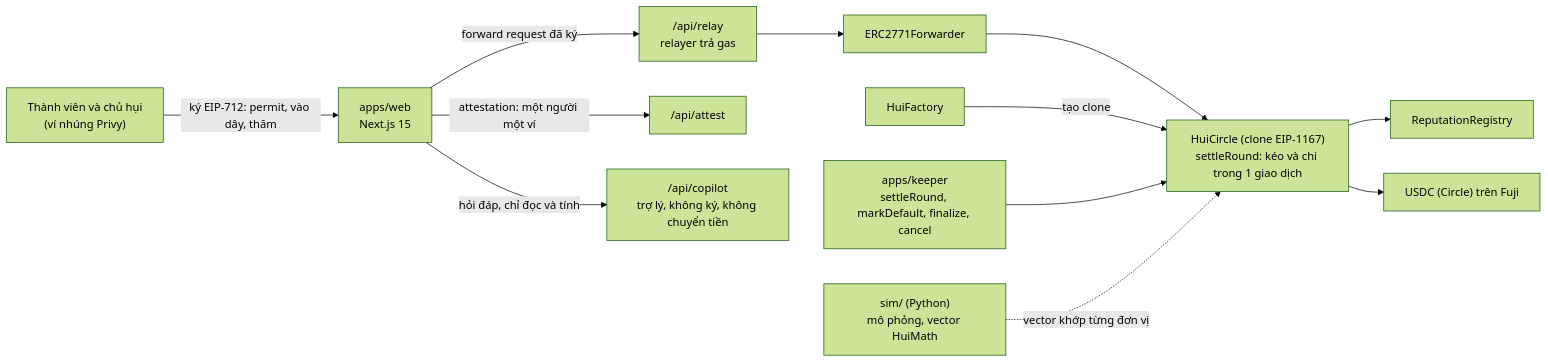
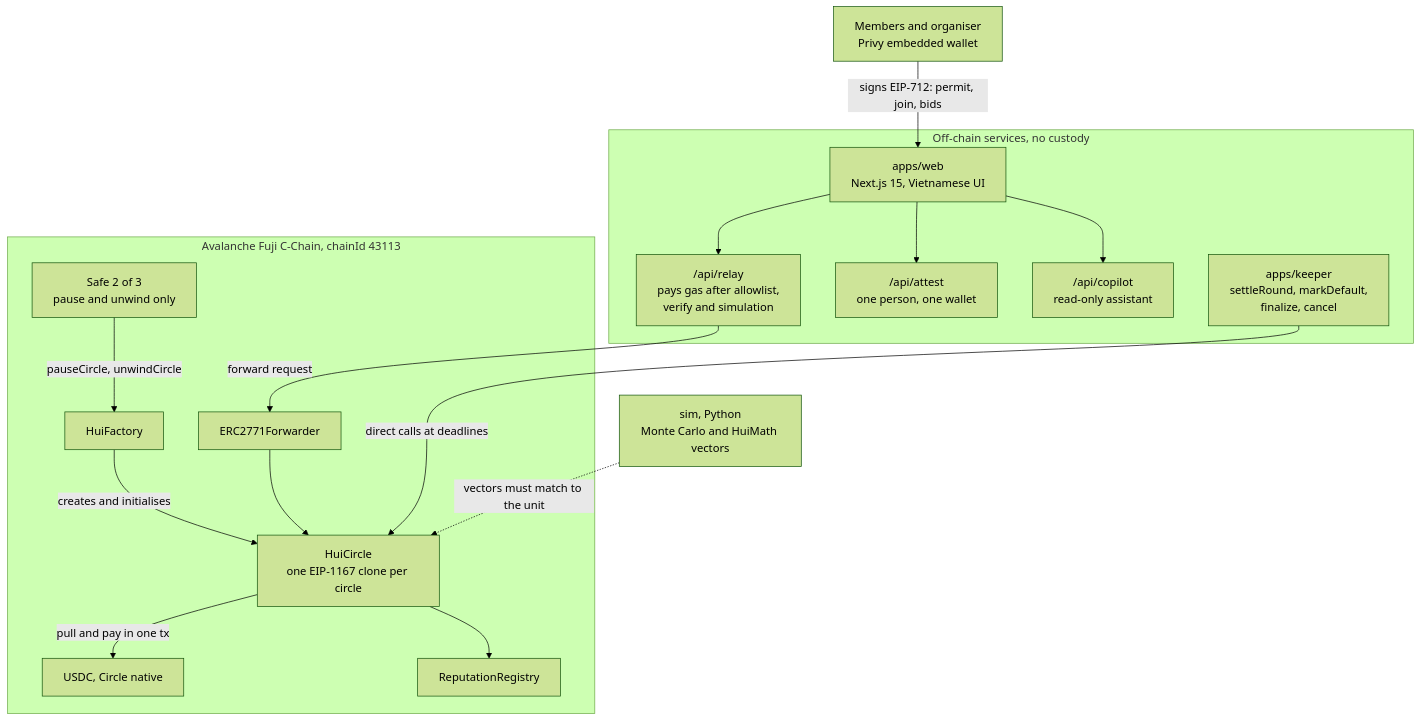
One commit to bminhnemhoi/T1VN_Unihack changed the third of 3 diagrams in README.md. Above: the diagram before and after it, drawn with Mermaid (forest theme). The commit also changed other lines of this file and 6 other files, not shown here.

````diff
--- a/README.md
+++ b/README.md
@@ -22,14 +221,36 @@
 ```mermaid
-flowchart LR
-    U["Thành viên và chủ hụi<br/>(ví nhúng Privy)"] -->|"ký EIP-712: permit, vào dây, thăm"| W["apps/web<br/>Next.js 15"]
-    W -->|"forward request đã ký"| R["/api/relay<br/>relayer trả gas"]
-    W -->|"attestation: một người một ví"| A["/api/attest"]
-    W -->|"hỏi đáp, chỉ đọc và tính"| AI["/api/copilot<br/>trợ lý, không ký, không chuyển tiền"]
-    R --> F["ERC2771Forwarder"]
-    F --> C["HuiCircle (clone EIP-1167)<br/>settleRound: kéo và chi trong 1 giao dịch"]
-    FA["HuiFactory"] -->|"tạo clone"| C
-    C --> REP["ReputationRegistry"]
-    K["apps/keeper<br/>settleRound, markDefault, finalize, cancel"] --> C
-    C --> USDC["USDC (Circle) trên Fuji"]
-    SIM["sim/ (Python)<br/>mô phỏng, vector HuiMath"] -.->|"vector khớp từng đơn vị"| C
+flowchart TB
+    U["Members and organiser<br/>Privy embedded wallet"]
+
+    subgraph OFF["Off-chain services, no custody"]
+        W["apps/web<br/>Next.js 15, Vietnamese UI"]
+        RL["/api/relay<br/>pays gas after allowlist,<br/>verify and simulation"]
+        AT["/api/attest<br/>one person, one wallet"]
+        AI["/api/copilot<br/>read-only assistant"]
+        K["apps/keeper<br/>settleRound, markDefault,<br/>finalize, cancel"]
+    end
+
+    subgraph CHAIN["Avalanche Fuji C-Chain, chainId 43113"]
+        FW["ERC2771Forwarder"]
+        F["HuiFactory"]
+        C["HuiCircle<br/>one EIP-1167 clone per circle"]
+        REP["ReputationRegistry"]
+        USDC["USDC, Circle native"]
+        SAFE["Safe 2 of 3<br/>pause and unwind only"]
+    end
+
+    SIM["sim, Python<br/>Monte Carlo and HuiMath vectors"]
+
+    U -->|"signs EIP-712: permit, join, bids"| W
+    W --> RL
+    W --> AT
+    W --> AI
+    RL -->|"forward request"| FW
+    FW --> C
+    F -->|"creates and initialises"| C
+    K -->|"direct calls at deadlines"| C
+    C -->|"pull and pay in one tx"| USDC
+    C --> REP
+    SAFE -->|"pauseCircle, unwindCircle"| F
+    SIM -.->|"vectors must match to the unit"| C
 ```
````
